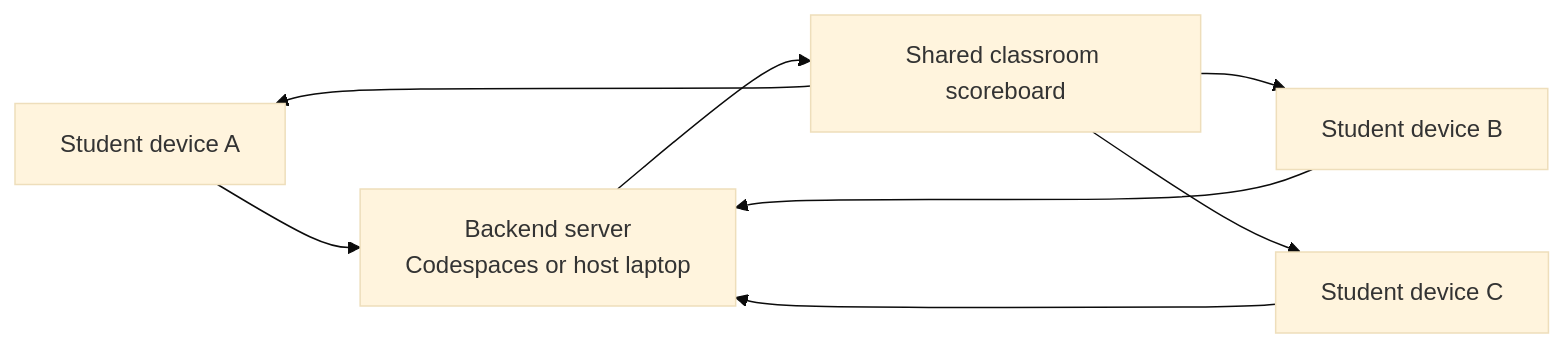
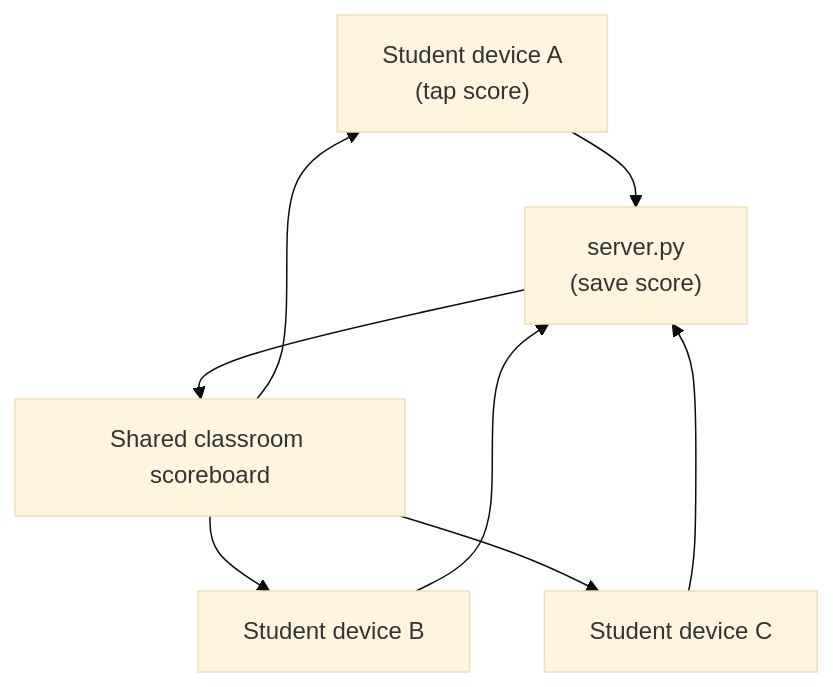
One commit to Mr-PI-Bala/SPRK-Hello-Repo changed the sixth of 6 diagrams in missions/01-ReactionRace-nP/docs/MISSION_GUIDE.md. Above: the diagram before and after it, drawn with Mermaid (base theme). The commit also changed other lines of this file and 5 other files, not shown here.

````diff
--- a/missions/01-ReactionRace-nP/docs/MISSION_GUIDE.md
+++ b/missions/01-ReactionRace-nP/docs/MISSION_GUIDE.md
@@ -345,10 +371,10 @@
 ```mermaid
-flowchart LR
-    DeviceA["Student device A"] --> Backend["Backend server<br/>Codespaces or host laptop"]
+flowchart TD
+    DeviceA["Student device A<br/>(tap score)"] --> Backend["server.py<br/>(save score)"]
     DeviceB["Student device B"] --> Backend
     DeviceC["Student device C"] --> Backend
     Backend --> SharedScore["Shared classroom scoreboard"]
     SharedScore --> DeviceA
     SharedScore --> DeviceB
     SharedScore --> DeviceC
 ```
````
